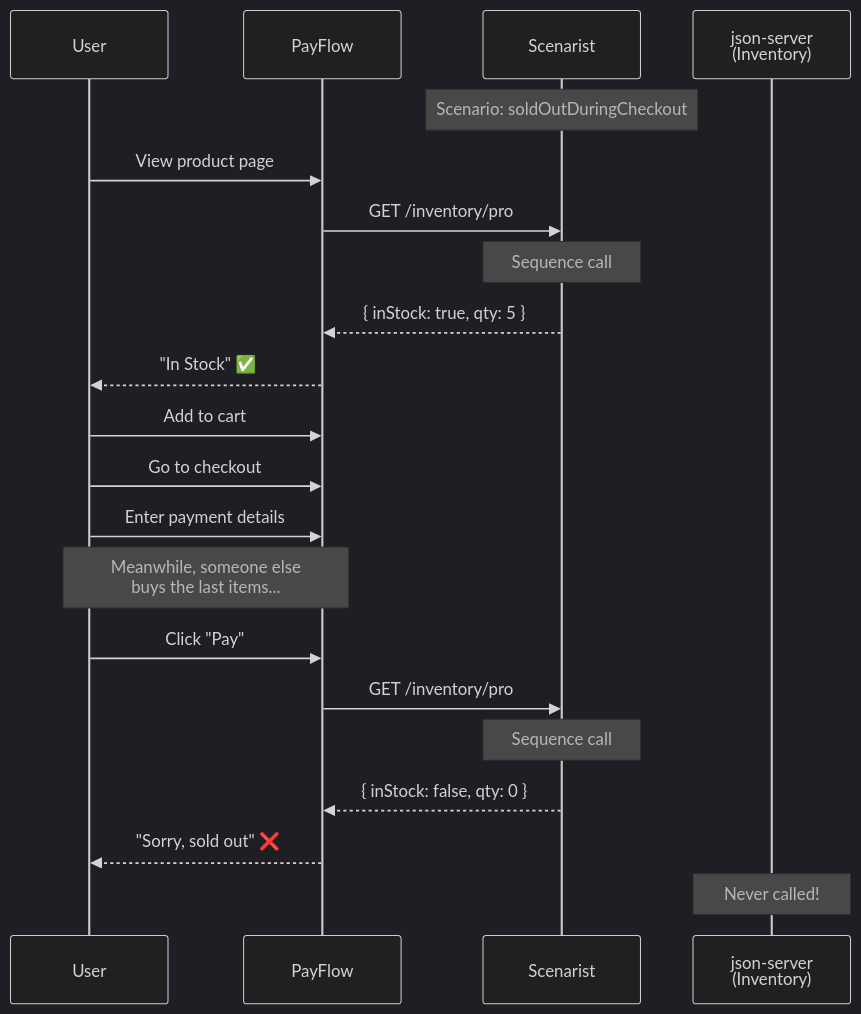
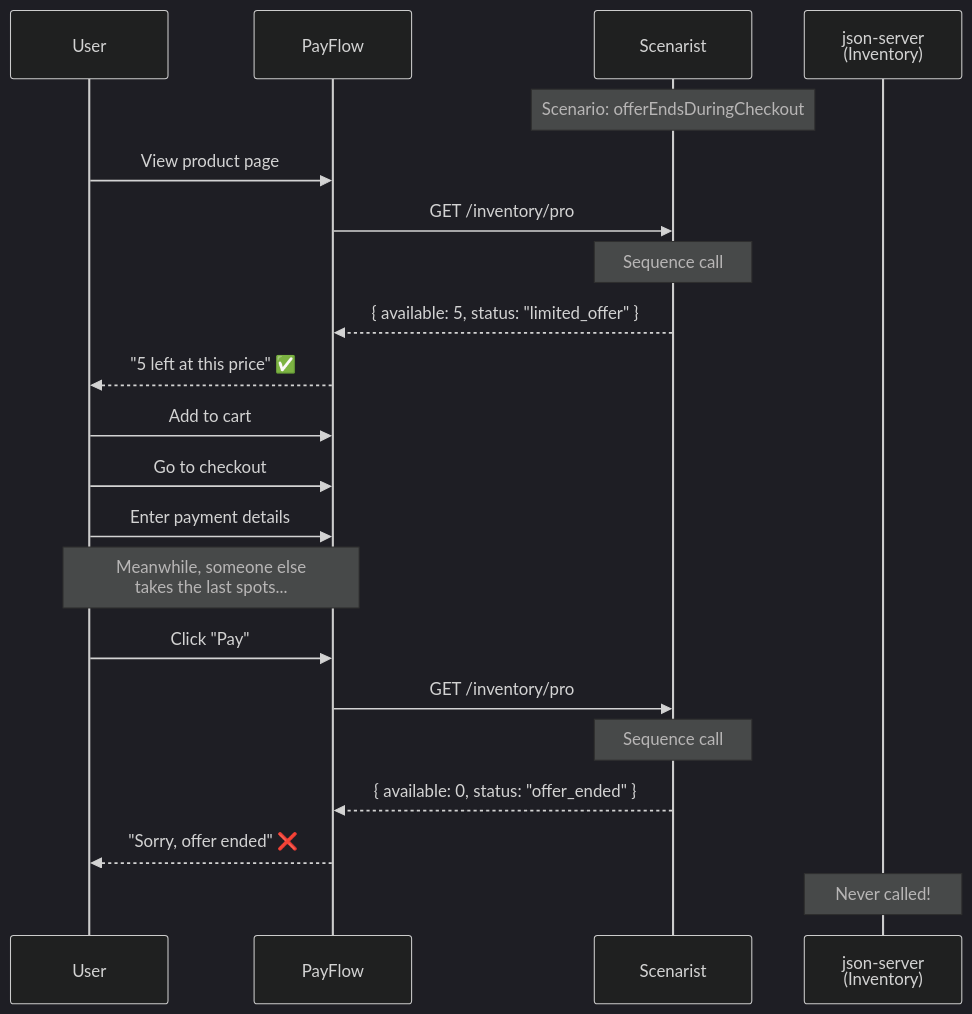
Before and after one commit to citypaul/scenarist: the diagram in docs/promotional-campaign/visual-aids/06-sequence-sold-out.md, drawn with Mermaid (dark theme). The commit also changed other lines of this file and 11 other files, not shown here.

````diff
--- a/docs/promotional-campaign/visual-aids/06-sequence-sold-out.md
+++ b/docs/promotional-campaign/visual-aids/06-sequence-sold-out.md
@@ -15,29 +15,29 @@
 ```mermaid
 sequenceDiagram
     participant User
     participant App as PayFlow
     participant Scen as Scenarist
     participant Inv as json-server<br/>(Inventory)
 
-    Note over Scen: Scenario: soldOutDuringCheckout
+    Note over Scen: Scenario: offerEndsDuringCheckout
 
     User->>App: View product page
     App->>Scen: GET /inventory/pro
     Note over Scen: Sequence call #1
-    Scen-->>App: { inStock: true, qty: 5 }
-    App-->>User: "In Stock" ✅
+    Scen-->>App: { available: 5, status: "limited_offer" }
+    App-->>User: "5 left at this price" ✅
 
     User->>App: Add to cart
     User->>App: Go to checkout
     User->>App: Enter payment details
 
-    Note over User,App: Meanwhile, someone else<br/>buys the last items...
+    Note over User,App: Meanwhile, someone else<br/>takes the last spots...
 
     User->>App: Click "Pay"
     App->>Scen: GET /inventory/pro
     Note over Scen: Sequence call #2
-    Scen-->>App: { inStock: false, qty: 0 }
-    App-->>User: "Sorry, sold out" ❌
+    Scen-->>App: { available: 0, status: "offer_ended" }
+    App-->>User: "Sorry, offer ended" ❌
 
     Note over Inv: Never called!
 ```
````
